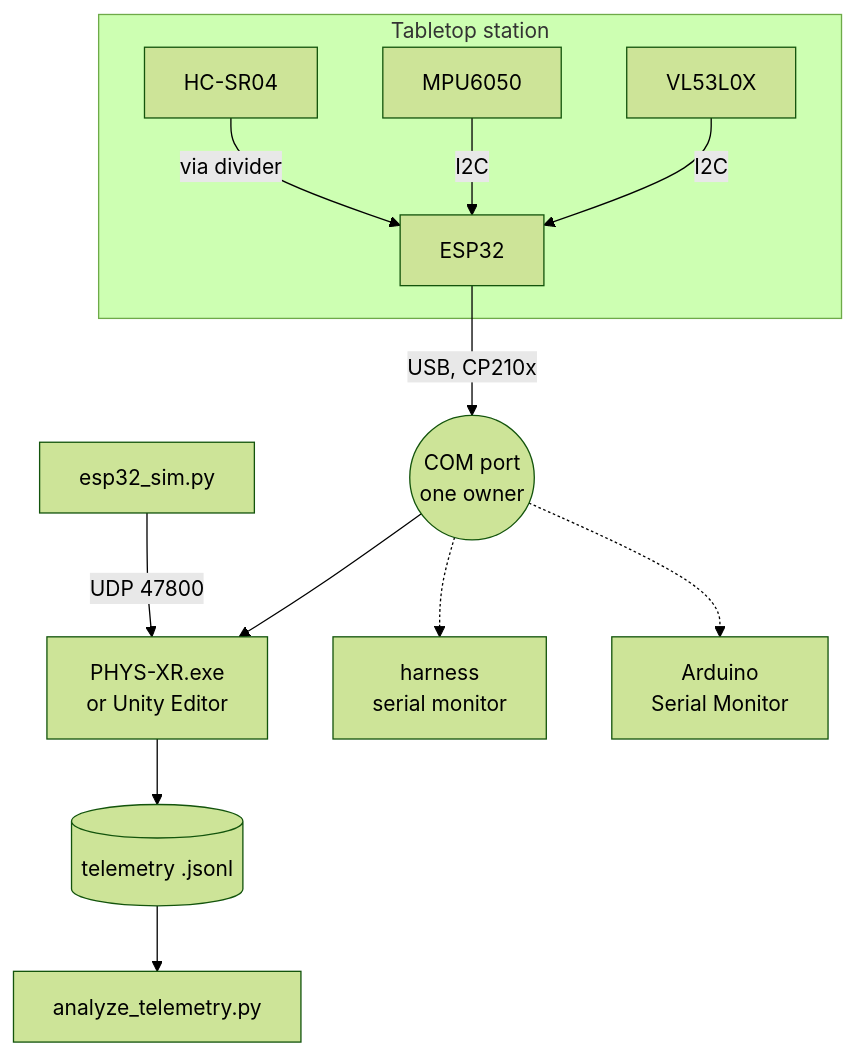
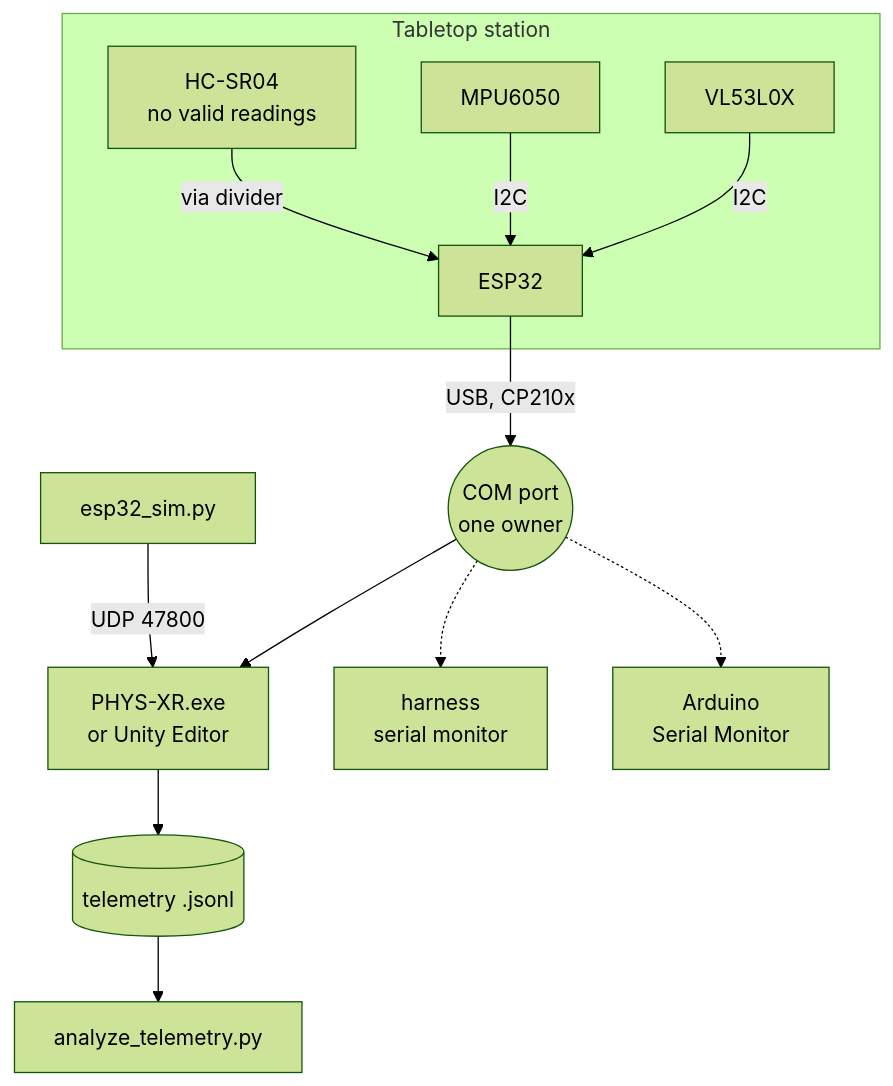
The fourth of 4 diagrams in Docs/ARCHITECTURE.md (ArnavJain2005/PHYS-XR), drawn with Mermaid (forest theme) before and after one commit. The commit also changed other lines of this file and 7 other files, not shown here.

````diff
--- a/Docs/ARCHITECTURE.md
+++ b/Docs/ARCHITECTURE.md
@@ -278,15 +278,15 @@
 ```mermaid
 flowchart TD
     subgraph Desk["Tabletop station"]
         S1[VL53L0X] -- I2C --> ESP[ESP32]
         S3[MPU6050] -- I2C --> ESP
-        S2[HC-SR04] -- "via divider" --> ESP
+        S2["HC-SR04<br/>no valid readings"] -- "via divider" --> ESP
     end
     ESP -- "USB, CP210x" --> PORT(("COM port<br/>one owner"))
     PORT --> GAME["PHYS-XR.exe<br/>or Unity Editor"]
     PORT -.-> MON["harness<br/>serial monitor"]
     PORT -.-> IDE["Arduino<br/>Serial Monitor"]
     SIMPY["esp32_sim.py"] -- "UDP 47800" --> GAME
     GAME --> JSONL[("telemetry .jsonl")]
     JSONL --> ANA["analyze_telemetry.py"]
 ```
````
